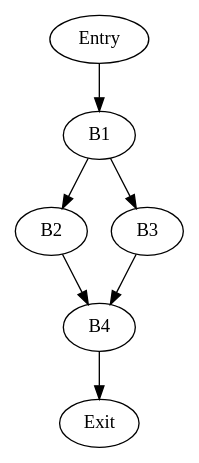
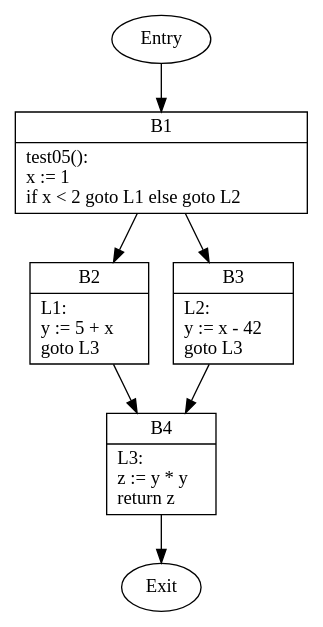
One commit to aprell/compiler-potpourri changed the diagram in control_flow/analysis/examples/test05_cfg.dot. Above: the diagram before and after it, drawn with Graphviz. The commit also changed 21 other files, not shown here.

```diff
--- a/control_flow/analysis/examples/test05_cfg.dot
+++ b/control_flow/analysis/examples/test05_cfg.dot
@@ -1,8 +1,12 @@
 digraph CFG {
+    B1 [shape=record label="{B1|test05():\lx := 1\lif x \< 2 goto L1 else goto L2\l}"];
+    B2 [shape=record label="{B2|L1:\ly := 5 + x\lgoto L3\l}"];
+    B3 [shape=record label="{B3|L2:\ly := x - 42\lgoto L3\l}"];
+    B4 [shape=record label="{B4|L3:\lz := y * y\lreturn z\l}"];
     Entry -> B1;
     B1 -> B2;
     B1 -> B3;
     B2 -> B4;
     B3 -> B4;
     B4 -> Exit;
 }
```
